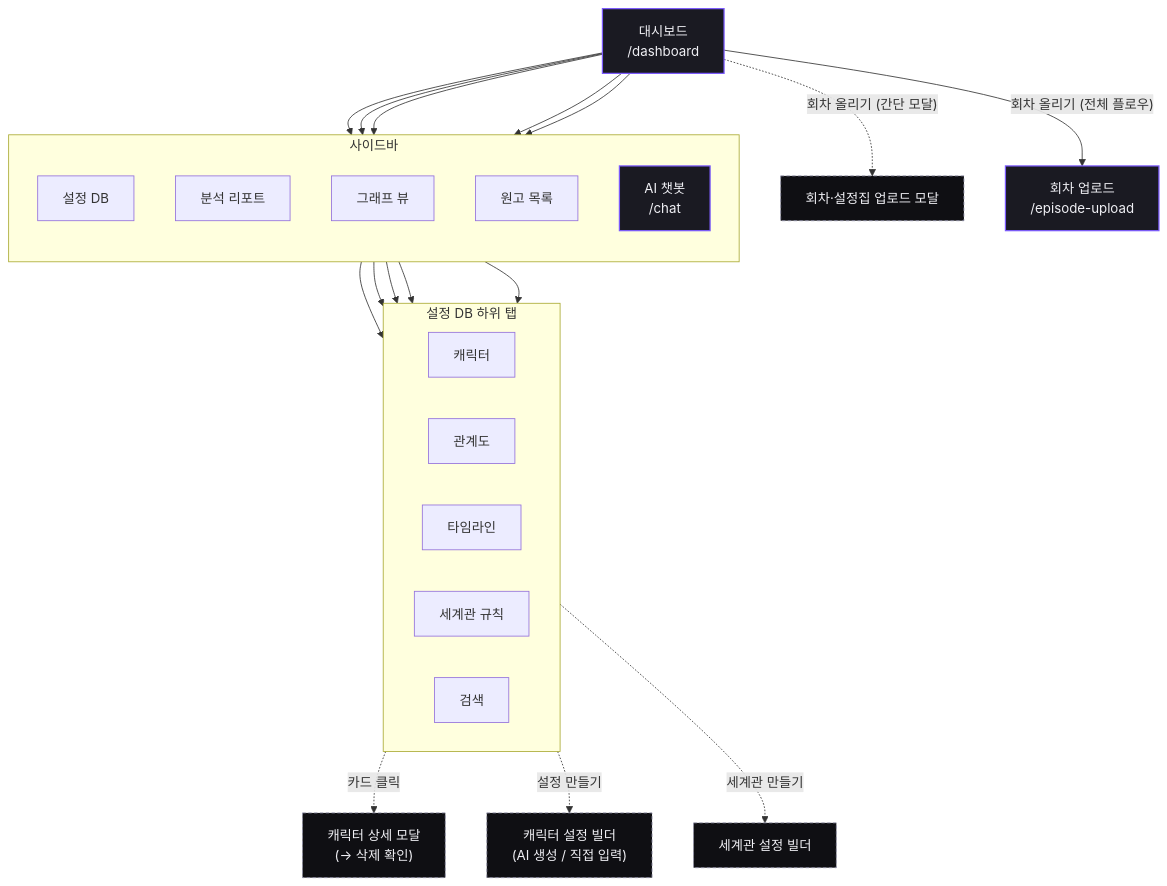
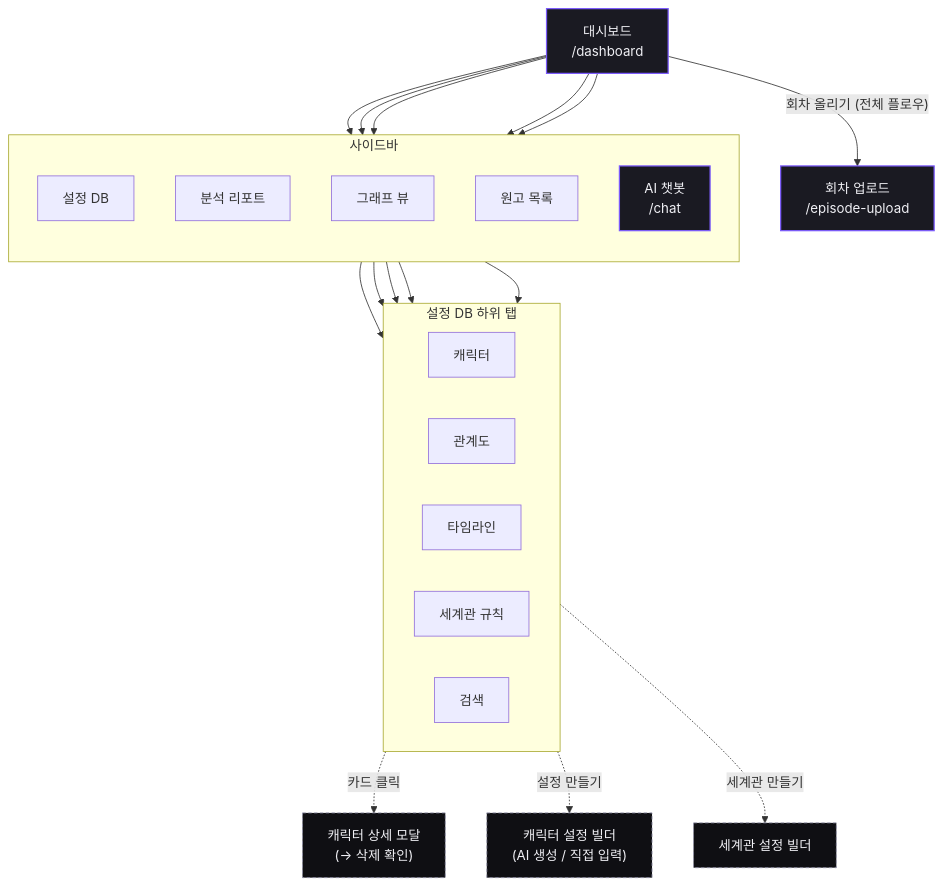
Before and after one commit to catchhole-soma/catchhole-front: the fifth of 7 diagrams in docs/screen-flow.md, drawn with Mermaid. The commit also changed other lines of this file and 2 other files, not shown here.

First line of the commit message:
docs(design): Pencil 워크플로우 운영 규칙 문서화

````diff
--- a/docs/screen-flow.md
+++ b/docs/screen-flow.md
@@ -178,39 +190,38 @@
 ```mermaid
 flowchart TD
   dashboard["대시보드<br/>/dashboard"]:::private
 
   subgraph SIDEBAR["사이드바"]
     direction TB
     nav_settingDB["설정 DB"]
     nav_reports["분석 리포트"]
     nav_graph["그래프 뷰"]
     nav_manuscripts["원고 목록"]
     nav_chat["AI 챗봇<br/>/chat"]:::private
   end
 
   dashboard --> nav_settingDB
   dashboard --> nav_reports
   dashboard --> nav_graph
   dashboard --> nav_manuscripts
   dashboard --> nav_chat
 
   subgraph TABS["설정 DB 하위 탭"]
     direction LR
     t_char["캐릭터"]
     t_rel["관계도"]
     t_time["타임라인"]
     t_world["세계관 규칙"]
     t_search["검색"]
   end
   nav_settingDB --> t_char & t_rel & t_time & t_world & t_search
 
   t_char -. "카드 클릭" .-> m_chardetail["캐릭터 상세 모달<br/>(→ 삭제 확인)"]:::modal
   t_char -. "설정 만들기" .-> m_settings["캐릭터 설정 빌더<br/>(AI 생성 / 직접 입력)"]:::modal
   t_world -. "세계관 만들기" .-> m_world["세계관 설정 빌더"]:::modal
 
-  dashboard -. "회차 올리기 (간단 모달)" .-> m_upload["회차·설정집 업로드 모달"]:::modal
   dashboard -- "회차 올리기 (전체 플로우)" --> upload["회차 업로드<br/>/episode-upload"]:::private
 
   classDef private fill:#1A1A22,stroke:#7C5CFC,stroke-width:1.5px,color:#F0F0F5;
   classDef modal fill:#0F0F13,stroke:#9090A8,stroke-dasharray:4 3,color:#F0F0F5;
 ```
````
